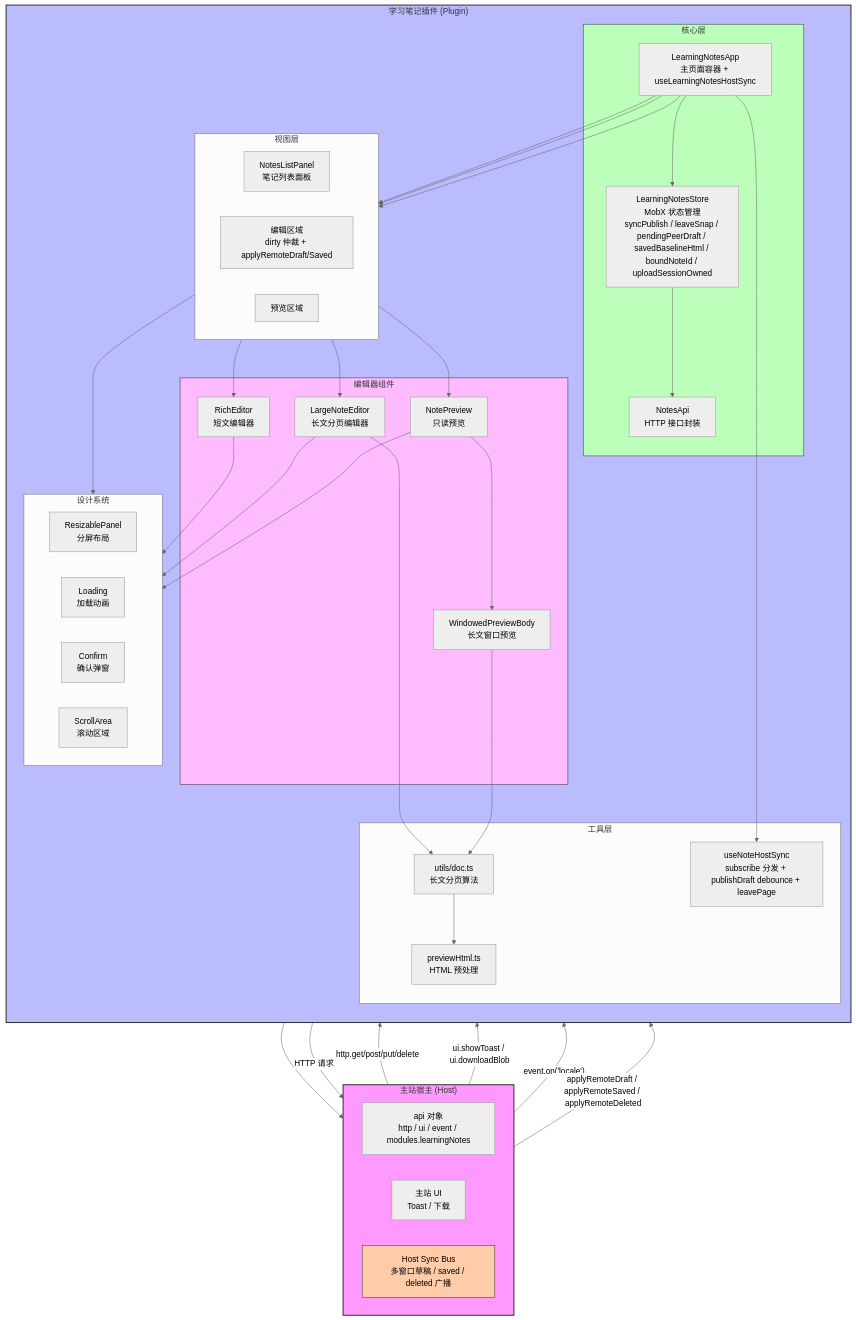
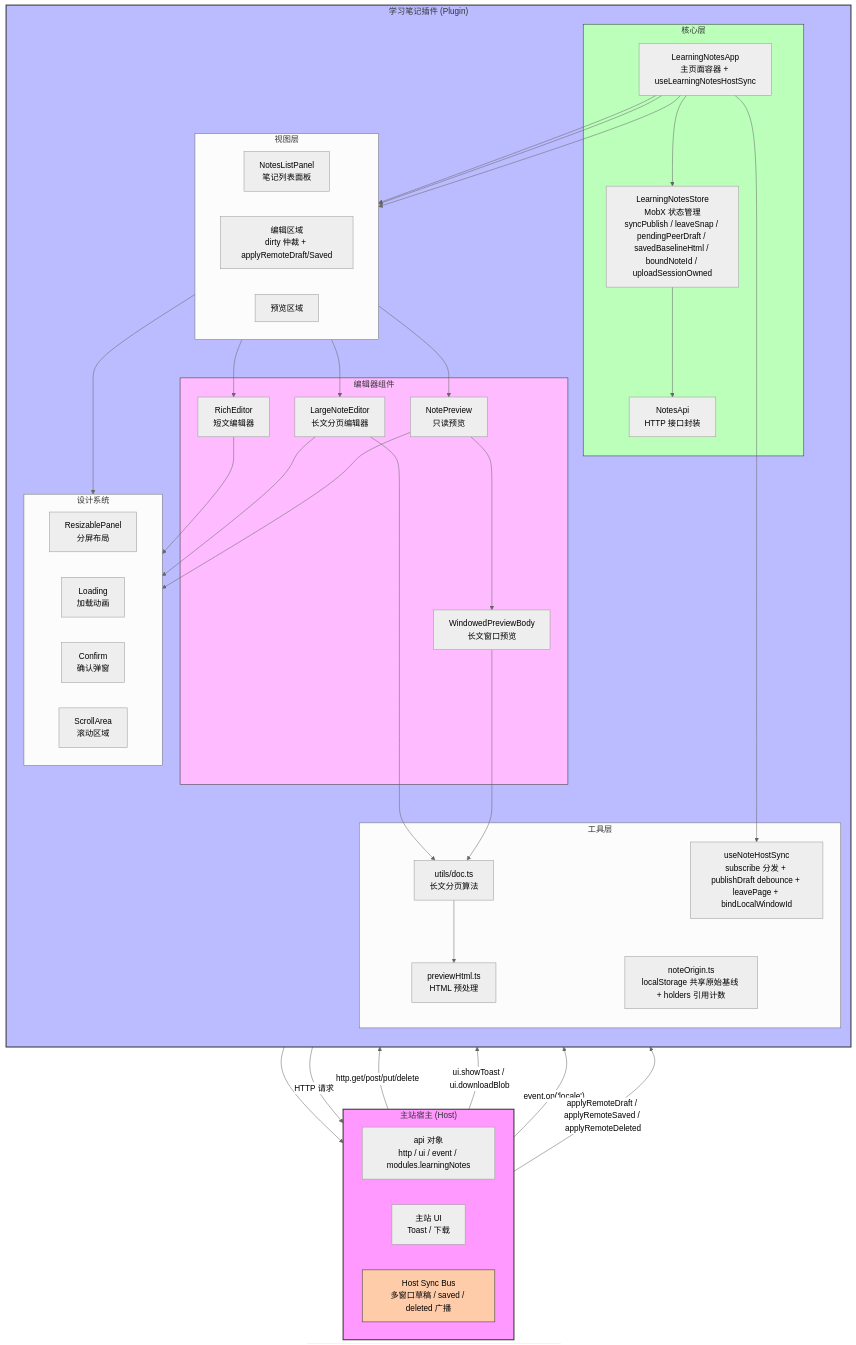
One commit to dnhyxc/dnhyxc-ai-plugins changed the first of 4 diagrams in docs/learning-notes.md. Above: the diagram before and after it, drawn with Mermaid (neutral theme). The commit also changed other lines of this file and 10 other files, not shown here.

````diff
--- a/docs/learning-notes.md
+++ b/docs/learning-notes.md
@@ -29,80 +30,81 @@
 ```mermaid
 graph TB
     subgraph Host["主站宿主 (Host)"]
         direction LR
         HostAPI["api 对象<br/>http / ui / event / modules.learningNotes"]
         HostUI["主站 UI<br/>Toast / 下载"]
         HostSync["Host Sync Bus<br/>多窗口草稿 / saved / deleted 广播"]
     end
 
     subgraph Plugin["学习笔记插件 (Plugin)"]
         direction TB
         subgraph View["视图层"]
             direction LR
             NotesListPanel["NotesListPanel<br/>笔记列表面板"]
             EditorArea["编辑区域<br/>dirty 仲裁 + applyRemoteDraft/Saved"]
             PreviewArea["预览区域"]
         end
 
         subgraph Core["核心层"]
             LearningNotesApp["LearningNotesApp<br/>主页面容器 + useLearningNotesHostSync"]
             LearningNotesStore["LearningNotesStore<br/>MobX 状态管理<br/>syncPublish / leaveSnap / pendingPeerDraft / savedBaselineHtml / boundNoteId / uploadSessionOwned"]
             NotesApi["NotesApi<br/>HTTP 接口封装"]
         end
 
         subgraph EditorComponents["编辑器组件"]
             RichEditor["RichEditor<br/>短文编辑器"]
             LargeNoteEditor["LargeNoteEditor<br/>长文分页编辑器"]
             NotePreview["NotePreview<br/>只读预览"]
             WindowedPreviewBody["WindowedPreviewBody<br/>长文窗口预览"]
         end
 
         subgraph Utils["工具层"]
             DocUtils["utils/doc.ts<br/>长文分页算法"]
             PreviewHtml["previewHtml.ts<br/>HTML 预处理"]
-            HostSyncHook["useNoteHostSync<br/>subscribe 分发 + publishDraft debounce + leavePage"]
+            HostSyncHook["useNoteHostSync<br/>subscribe 分发 + publishDraft debounce + leavePage + bindLocalWindowId"]
+            NoteOrigin["noteOrigin.ts<br/>localStorage 共享原始基线 + holders 引用计数"]
         end
 
         subgraph Design["设计系统"]
             ResizablePanel["ResizablePanel<br/>分屏布局"]
             Loading["Loading<br/>加载动画"]
             Confirm["Confirm<br/>确认弹窗"]
             ScrollArea["ScrollArea<br/>滚动区域"]
         end
     end
 
     HostAPI -->|"http.get/post/put/delete"| NotesApi
     HostAPI -->|"ui.showToast / ui.downloadBlob"| LearningNotesApp
     HostAPI -->|"event.on('locale')"| LearningNotesApp
     HostSync -->|"applyRemoteDraft / applyRemoteSaved / applyRemoteDeleted"| LearningNotesApp
     LearningNotesApp --> HostSync
 
     LearningNotesApp --> LearningNotesStore
     LearningNotesStore --> NotesApi
     NotesApi -->|"HTTP 请求"| HostAPI
 
     LearningNotesApp --> NotesListPanel
     LearningNotesApp --> EditorArea
     LearningNotesApp --> PreviewArea
 
     EditorArea --> RichEditor
     EditorArea --> LargeNoteEditor
     PreviewArea --> NotePreview
     NotePreview --> WindowedPreviewBody
 
     RichEditor --> Design
     LargeNoteEditor --> Design
     NotePreview --> Design
     NotesListPanel --> Design
 
     LargeNoteEditor --> DocUtils
     WindowedPreviewBody --> DocUtils
     DocUtils --> PreviewHtml
     LearningNotesApp --> HostSyncHook
 
     style Host fill:#f9f,stroke:#333,stroke-width:2px
     style Plugin fill:#bbf,stroke:#333,stroke-width:2px
     style Core fill:#bfb,stroke:#333,stroke-width:1px
     style EditorComponents fill:#fbf,stroke:#333,stroke-width:1px
     style HostSync fill:#fca,stroke:#333,stroke-width:1px
 ```
````
